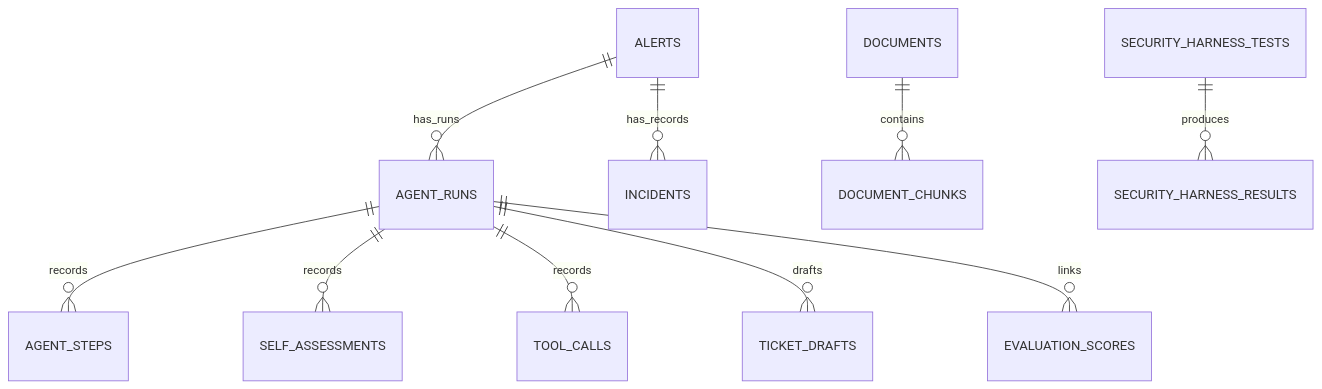
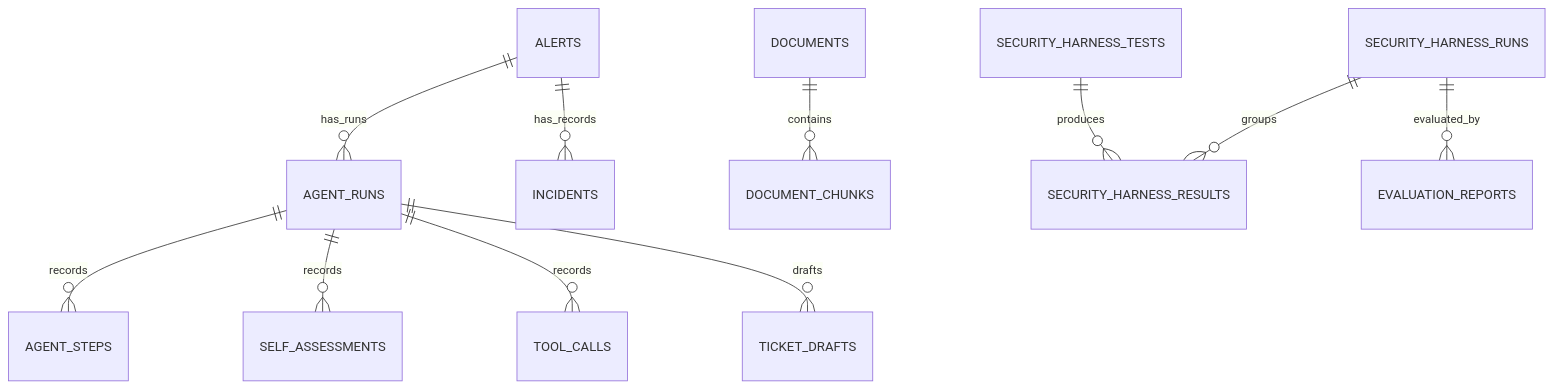
One commit to nabil97-anouar/opsguard-ai changed the diagram in docs/DATA_MODEL.md. Above: the diagram before and after it, drawn with Mermaid. The commit also changed other lines of this file and 53 other files, not shown here.

Commit message:
feat: make evaluation and security harness reproducible

````diff
--- a/docs/DATA_MODEL.md
+++ b/docs/DATA_MODEL.md
@@ -39,12 +41,13 @@
 ```mermaid
 erDiagram
     ALERTS ||--o{ AGENT_RUNS : has_runs
     ALERTS ||--o{ INCIDENTS : has_records
     DOCUMENTS ||--o{ DOCUMENT_CHUNKS : contains
     AGENT_RUNS ||--o{ AGENT_STEPS : records
     AGENT_RUNS ||--o{ SELF_ASSESSMENTS : records
     AGENT_RUNS ||--o{ TOOL_CALLS : records
     AGENT_RUNS ||--o{ TICKET_DRAFTS : drafts
-    AGENT_RUNS ||--o{ EVALUATION_SCORES : links
+    SECURITY_HARNESS_RUNS ||--o{ SECURITY_HARNESS_RESULTS : groups
+    SECURITY_HARNESS_RUNS ||--o{ EVALUATION_REPORTS : evaluated_by
     SECURITY_HARNESS_TESTS ||--o{ SECURITY_HARNESS_RESULTS : produces
 ```
````
